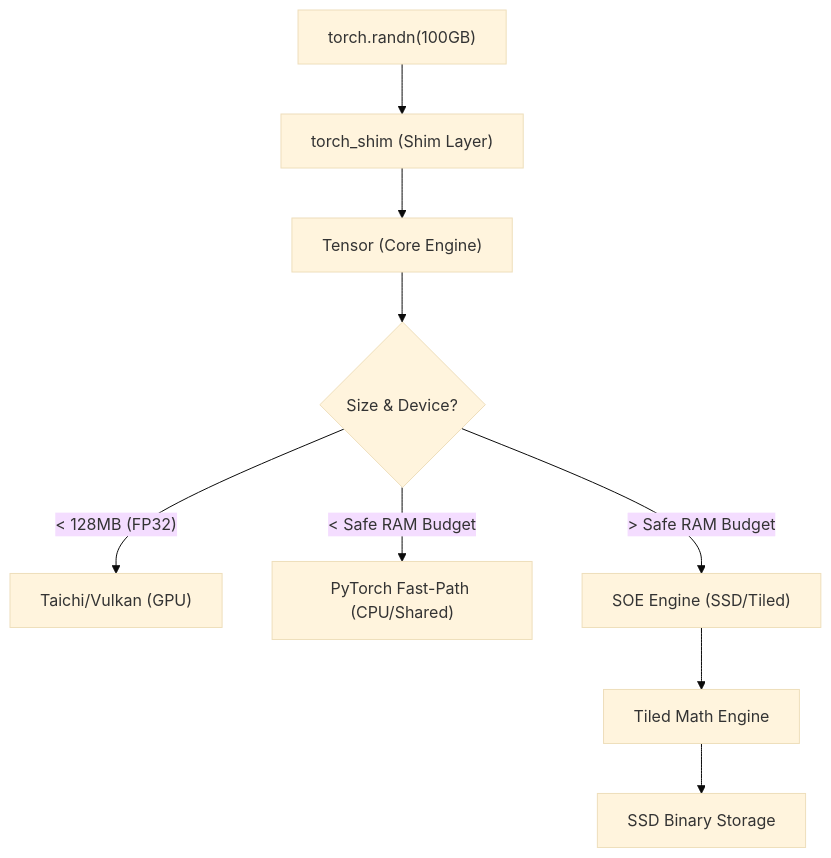
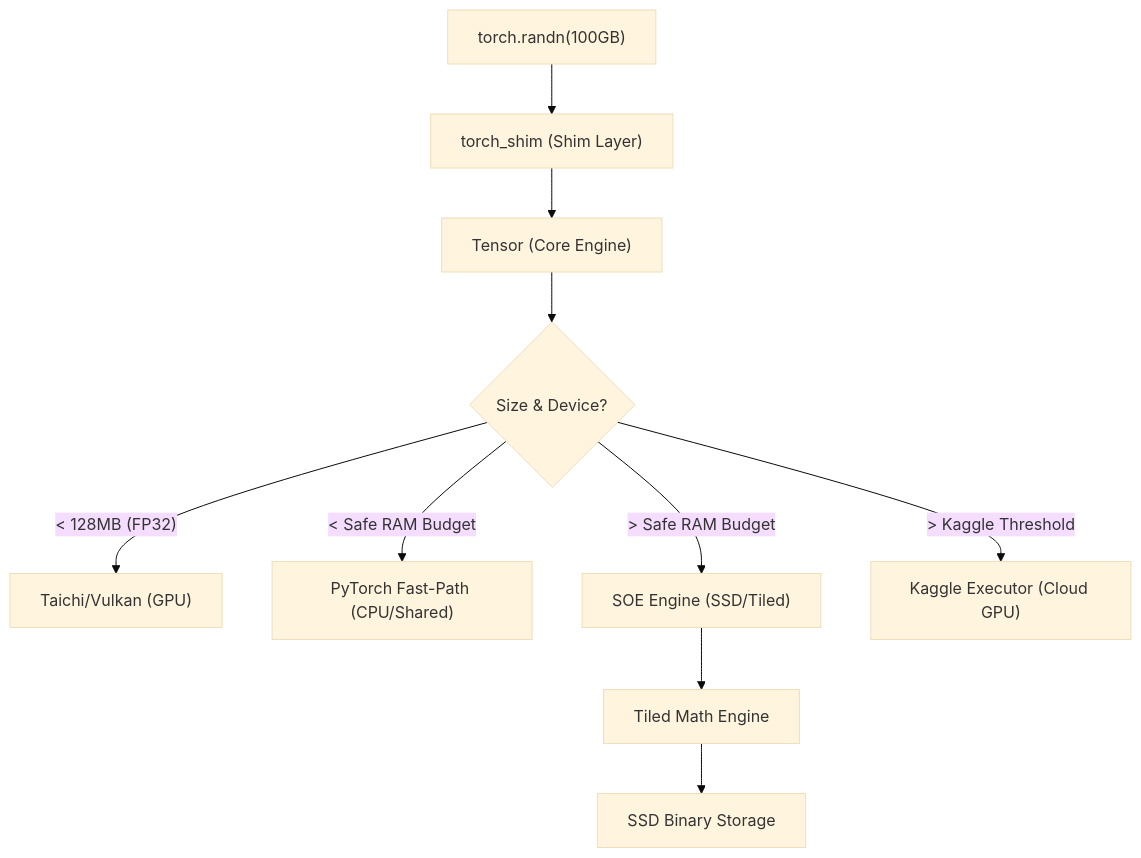
The diagram in docs/architecture.md (slavek-is-hyperreal/OxTorch), drawn with Mermaid (base theme) before and after one commit. The commit also changed other lines of this file and 5 other files, not shown here.

````diff
--- a/docs/architecture.md
+++ b/docs/architecture.md
@@ -5,13 +5,14 @@
 ```mermaid
 graph TD
     User["torch.randn(100GB)"] --> Shim["torch_shim (Shim Layer)"]
     Shim --> Tensor["Tensor (Core Engine)"]
     Tensor --> Decision{"Size & Device?"}
     
     Decision -- "< 128MB (FP32)" --> Vulkan["Taichi/Vulkan (GPU)"]
     Decision -- "< Safe RAM Budget" --> Hybrid["PyTorch Fast-Path (CPU/Shared)"]
     Decision -- "> Safe RAM Budget" --> ARAS["SOE Engine (SSD/Tiled)"]
+    Decision -- "> Kaggle Threshold" --> Kaggle["Kaggle Executor (Cloud GPU)"]
     
     ARAS --> Tiled["Tiled Math Engine"]
     Tiled --> SSD["SSD Binary Storage"]
 ```
````
